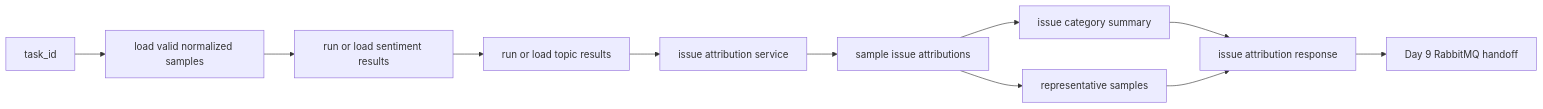
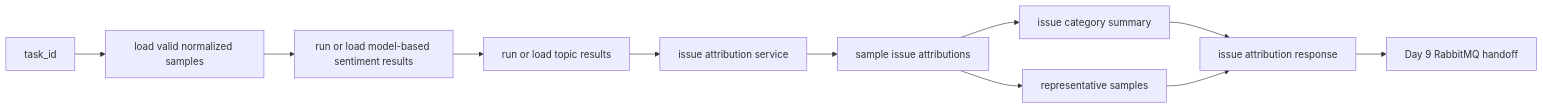
Before and after one commit to juemimgcd/sentiFlow: the first of 2 diagrams in steps/day8.md, drawn with Mermaid. The commit also changed other lines of this file and 1 other file, not shown here.

````diff
--- a/steps/day8.md
+++ b/steps/day8.md
@@ -111,13 +115,13 @@
 ```mermaid
 flowchart LR
     A[task_id] --> B[load valid normalized samples]
-    B --> C[run or load sentiment results]
+    B --> C[run or load model-based sentiment results]
     C --> D[run or load topic results]
     D --> E[issue attribution service]
     E --> F[sample issue attributions]
     F --> G[issue category summary]
     F --> H[representative samples]
     G --> I[issue attribution response]
     H --> I
     I --> J[Day 9 RabbitMQ handoff]
 ```
````
